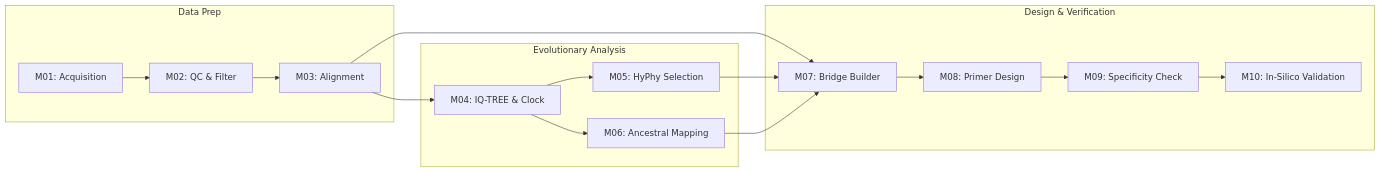
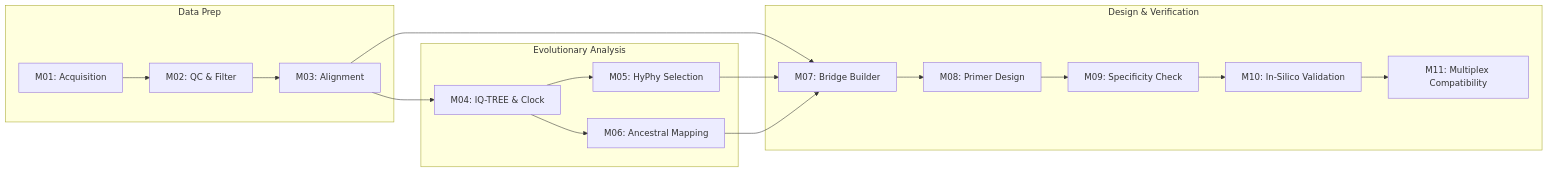
One commit to lab-biotek-bio-ugm/pandemic_prep_idn changed the diagram in README.md. Above: the diagram before and after it, drawn with Mermaid. The commit also changed other lines of this file and 2 other files, not shown here.

````diff
--- a/README.md
+++ b/README.md
@@ -29,21 +29,22 @@
 ```mermaid
 flowchart LR
     subgraph Prep [Data Prep]
         M01[M01: Acquisition] --> M02[M02: QC & Filter] --> M03[M03: Alignment]
     end
 
     subgraph Evo [Evolutionary Analysis]
         M03 --> M04[M04: IQ-TREE & Clock]
         M04 --> M05[M05: HyPhy Selection]
         M04 --> M06[M06: Ancestral Mapping]
     end
 
     subgraph Design [Design & Verification]
         M03 --> M07[M07: Bridge Builder]
         M05 --> M07
         M06 --> M07
         M07 --> M08[M08: Primer Design]
         M08 --> M09[M09: Specificity Check]
         M09 --> M10[M10: In-Silico Validation]
+        M10 --> M11[M11: Multiplex Compatibility]
     end
 ```
````
